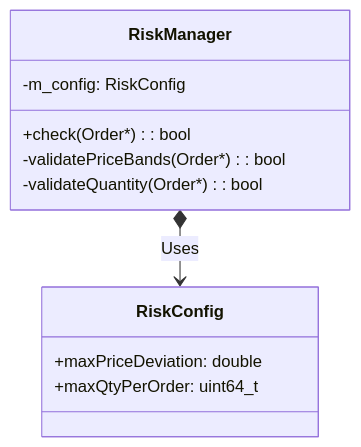
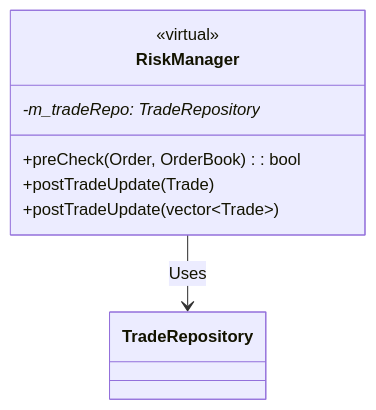
The second of 2 diagrams in exchange/exchange_risk/README.md (SujalChoudhari/BetaTrader), drawn with Mermaid before and after one commit. The commit also changed 7 other files, not shown here.

````diff
--- a/exchange/exchange_risk/README.md
+++ b/exchange/exchange_risk/README.md
@@ -27,16 +27,12 @@
 ```mermaid
 classDiagram
     class RiskManager {
-        +check(Order*) : bool
-        -validatePriceBands(Order*) : bool
-        -validateQuantity(Order*) : bool
-        -m_config: RiskConfig
+        <<virtual>>
+        +preCheck(Order, OrderBook) : bool
+        +postTradeUpdate(Trade)
+        +postTradeUpdate(vector~Trade~)
+        -m_tradeRepo: TradeRepository*
     }
 
-    class RiskConfig {
-        +maxPriceDeviation: double
-        +maxQtyPerOrder: uint64_t
-    }
-
-    RiskManager *--> RiskConfig : Uses
+    RiskManager --> TradeRepository : Uses
 ```
````
